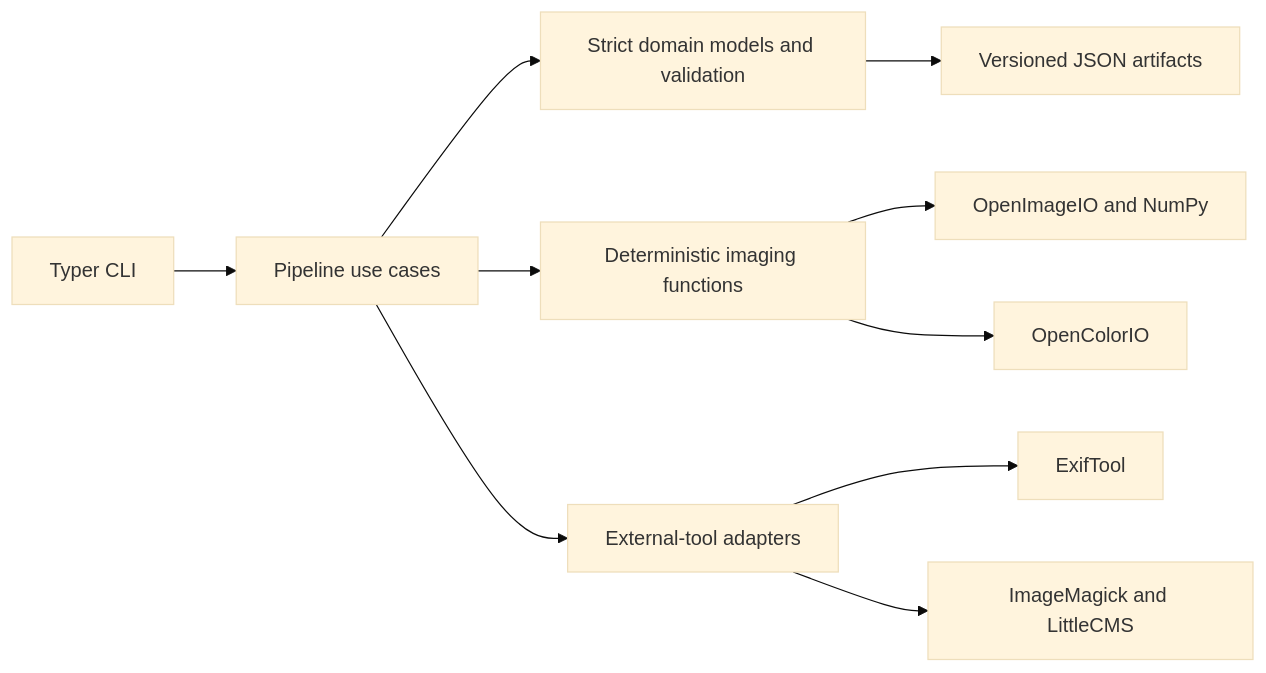
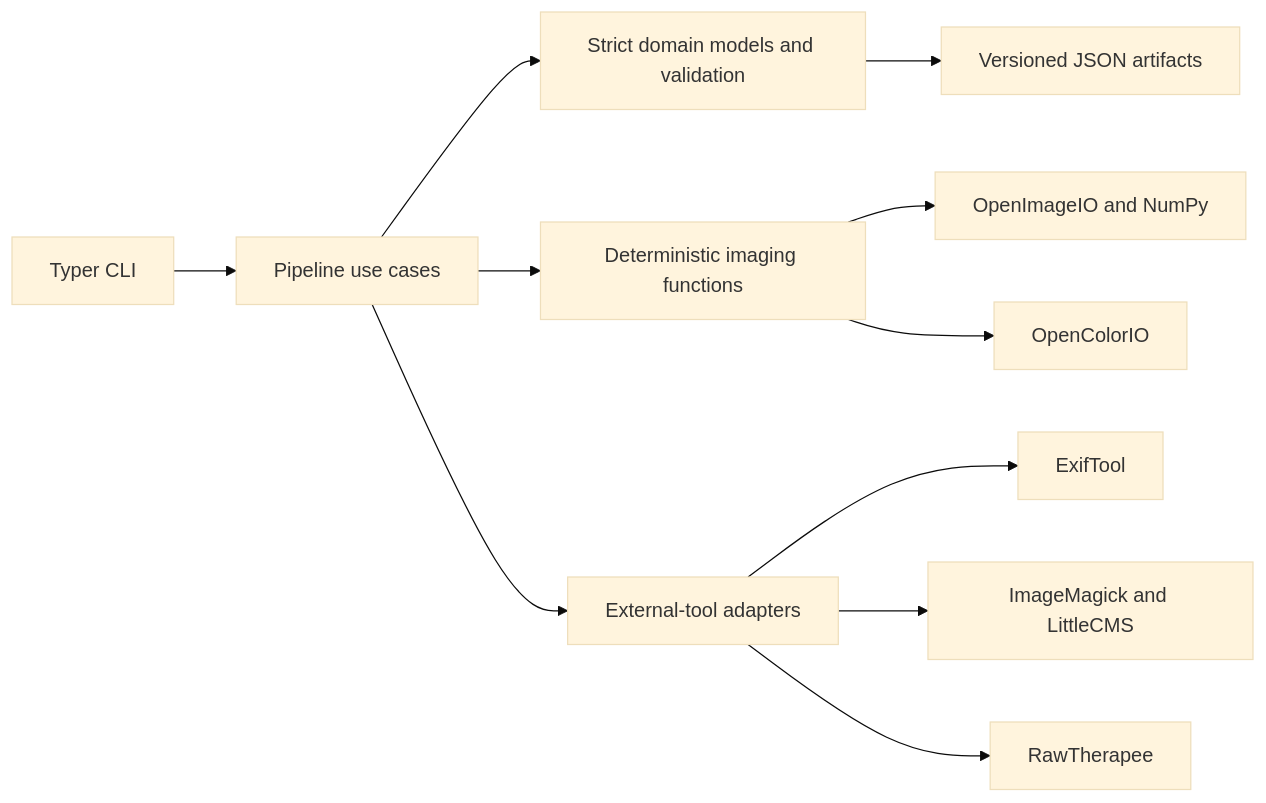
The first of 2 diagrams in docs/ARCHITECTURE.md (rakunn/gekigrade), drawn with Mermaid (base theme) before and after one commit. The commit also changed other lines of this file and 24 other files, not shown here.

````diff
--- a/docs/ARCHITECTURE.md
+++ b/docs/ARCHITECTURE.md
@@ -5,12 +5,13 @@
 ```mermaid
 flowchart LR
     CLI[Typer CLI] --> UseCases[Pipeline use cases]
     UseCases --> Domain[Strict domain models and validation]
     UseCases --> Imaging[Deterministic imaging functions]
     UseCases --> Adapters[External-tool adapters]
     Adapters --> Exif[ExifTool]
     Adapters --> Magick[ImageMagick and LittleCMS]
+    Adapters --> RT[RawTherapee]
     Imaging --> OIIO[OpenImageIO and NumPy]
     Imaging --> OCIO[OpenColorIO]
     Domain --> Artifacts[Versioned JSON artifacts]
 ```
````
